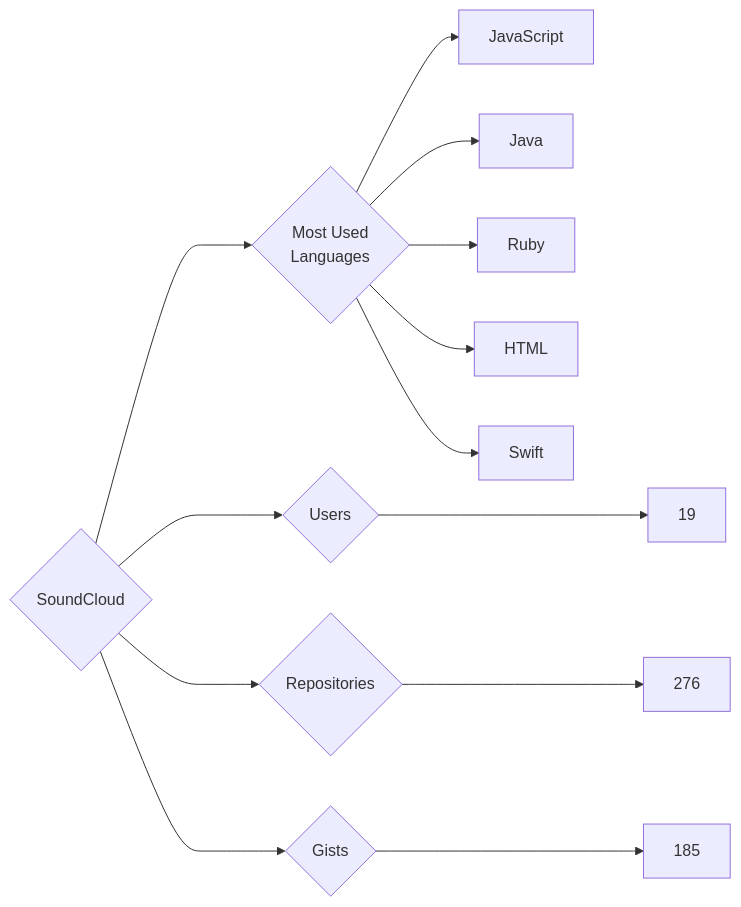
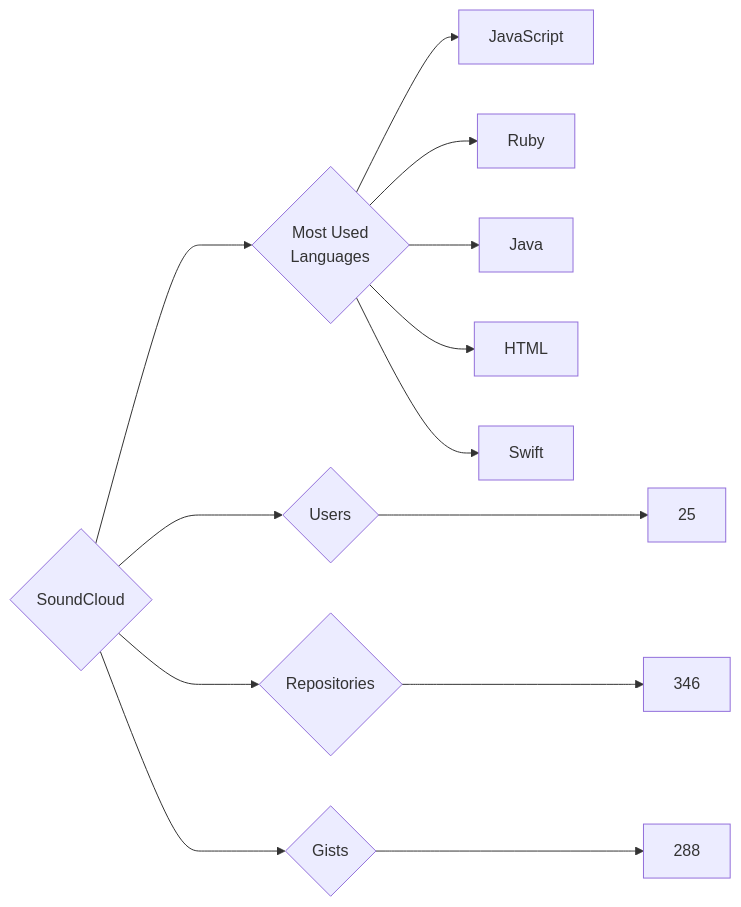
Before and after one commit to trickest/insiders: the diagram in targets/SoundCloud/README.md, drawn with Mermaid. The commit also changed 912 other files, not shown here.

````diff
--- a/targets/SoundCloud/README.md
+++ b/targets/SoundCloud/README.md
@@ -3,13 +3,13 @@
 ```mermaid
 graph LR
 COMPANY_NAME{SoundCloud}
-COMPANY_NAME ---> U{Users} ---> UN[19]
-COMPANY_NAME ---> R{Repositories} ---> RN[276]
-COMPANY_NAME ---> G{Gists} ---> GN[185]
+COMPANY_NAME ---> U{Users} ---> UN[25]
+COMPANY_NAME ---> R{Repositories} ---> RN[346]
+COMPANY_NAME ---> G{Gists} ---> GN[288]
 COMPANY_NAME ---> ML{Most Used<br>Languages}
 ML --> JavaScript[JavaScript]
+ML --> Ruby[Ruby]
 ML --> Java[Java]
-ML --> Ruby[Ruby]
 ML --> HTML[HTML]
 ML --> Swift[Swift]
 ```
````
